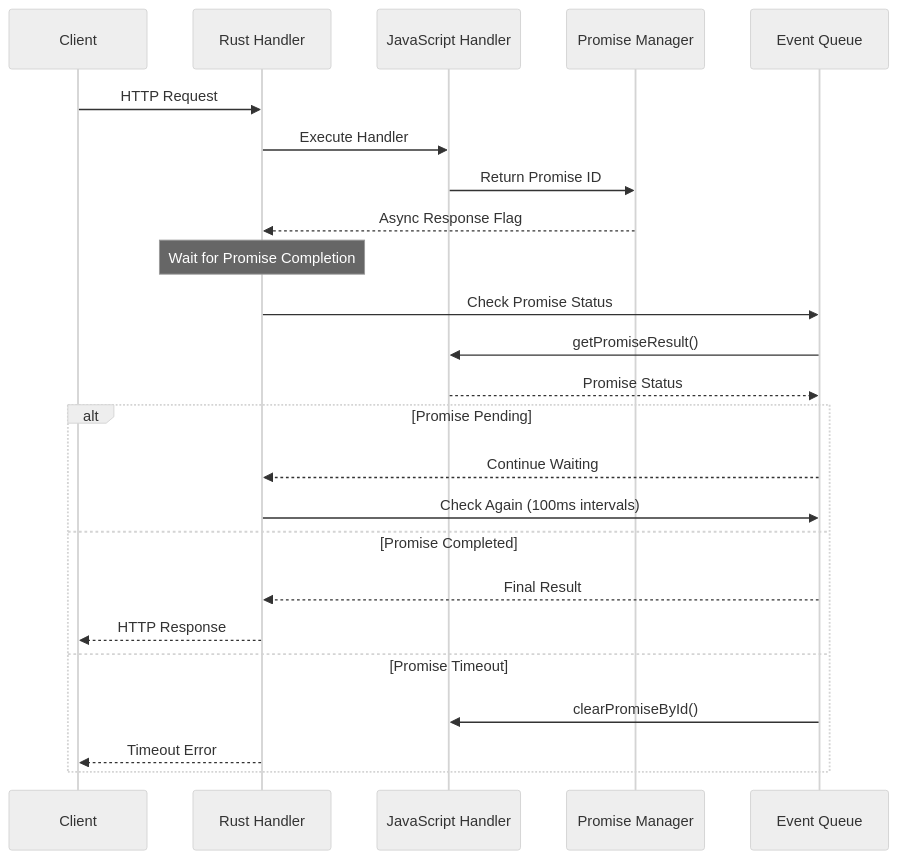
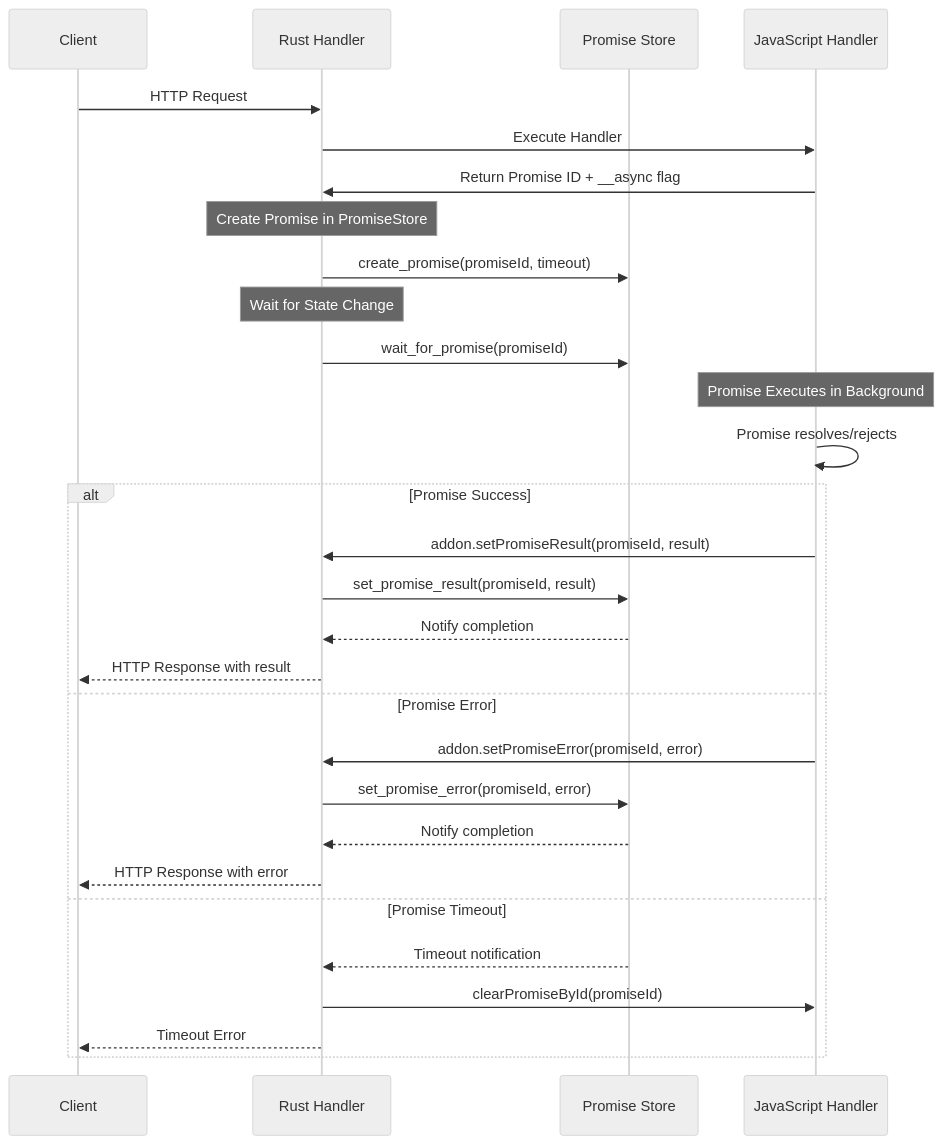
The third of 3 diagrams in README.md (s00d/rnode-server), drawn with Mermaid (neutral theme) before and after one commit. The commit also changed other lines of this file and 12 other files, not shown here.

````diff
--- a/README.md
+++ b/README.md
@@ -161,29 +166,36 @@
 ```mermaid
 sequenceDiagram
     participant Client
     participant Rust as Rust Handler
+    participant PromiseStore as Promise Store
     participant JS as JavaScript Handler
-    participant Promise as Promise Manager
-    participant EventQueue as Event Queue
 
     Client->>Rust: HTTP Request
     Rust->>JS: Execute Handler
-    JS->>Promise: Return Promise ID
-    Promise-->>Rust: Async Response Flag
+    JS->>Rust: Return Promise ID + __async flag
     
-    Note over Rust: Wait for Promise Completion
-    Rust->>EventQueue: Check Promise Status
-    EventQueue->>JS: getPromiseResult()
-    JS-->>EventQueue: Promise Status
+    Note over Rust: Create Promise in PromiseStore
+    Rust->>PromiseStore: create_promise(promiseId, timeout)
     
-    alt Promise Pending
-        EventQueue-->>Rust: Continue Waiting
-        Rust->>EventQueue: Check Again (100ms intervals)
-    else Promise Completed
-        EventQueue-->>Rust: Final Result
-        Rust-->>Client: HTTP Response
+    Note over Rust: Wait for State Change
+    Rust->>PromiseStore: wait_for_promise(promiseId)
+    
+    Note over JS: Promise Executes in Background
+    JS->>JS: Promise resolves/rejects
+    
+    alt Promise Success
+        JS->>Rust: addon.setPromiseResult(promiseId, result)
+        Rust->>PromiseStore: set_promise_result(promiseId, result)
+        PromiseStore-->>Rust: Notify completion
+        Rust-->>Client: HTTP Response with result
+    else Promise Error
+        JS->>Rust: addon.setPromiseError(promiseId, error)
+        Rust->>PromiseStore: set_promise_error(promiseId, error)
+        PromiseStore-->>Rust: Notify completion
+        Rust-->>Client: HTTP Response with error
     else Promise Timeout
-        EventQueue->>JS: clearPromiseById()
+        PromiseStore-->>Rust: Timeout notification
+        Rust->>JS: clearPromiseById(promiseId)
         Rust-->>Client: Timeout Error
     end
 ```
````
